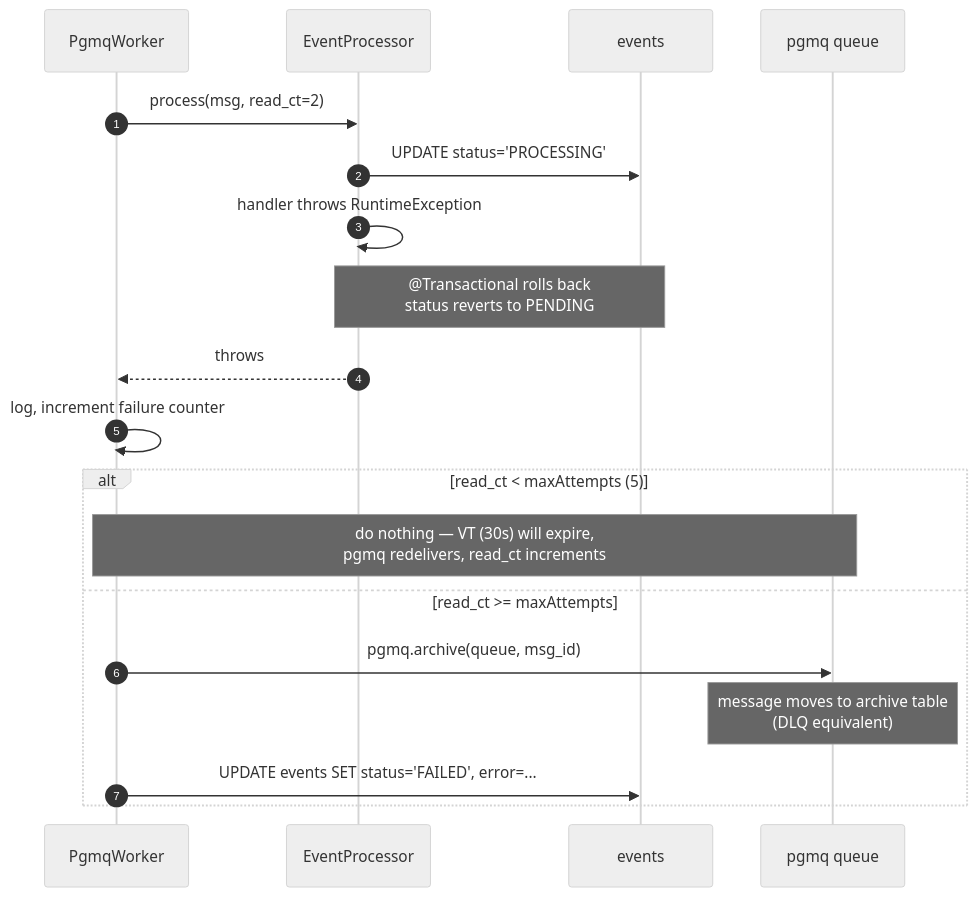
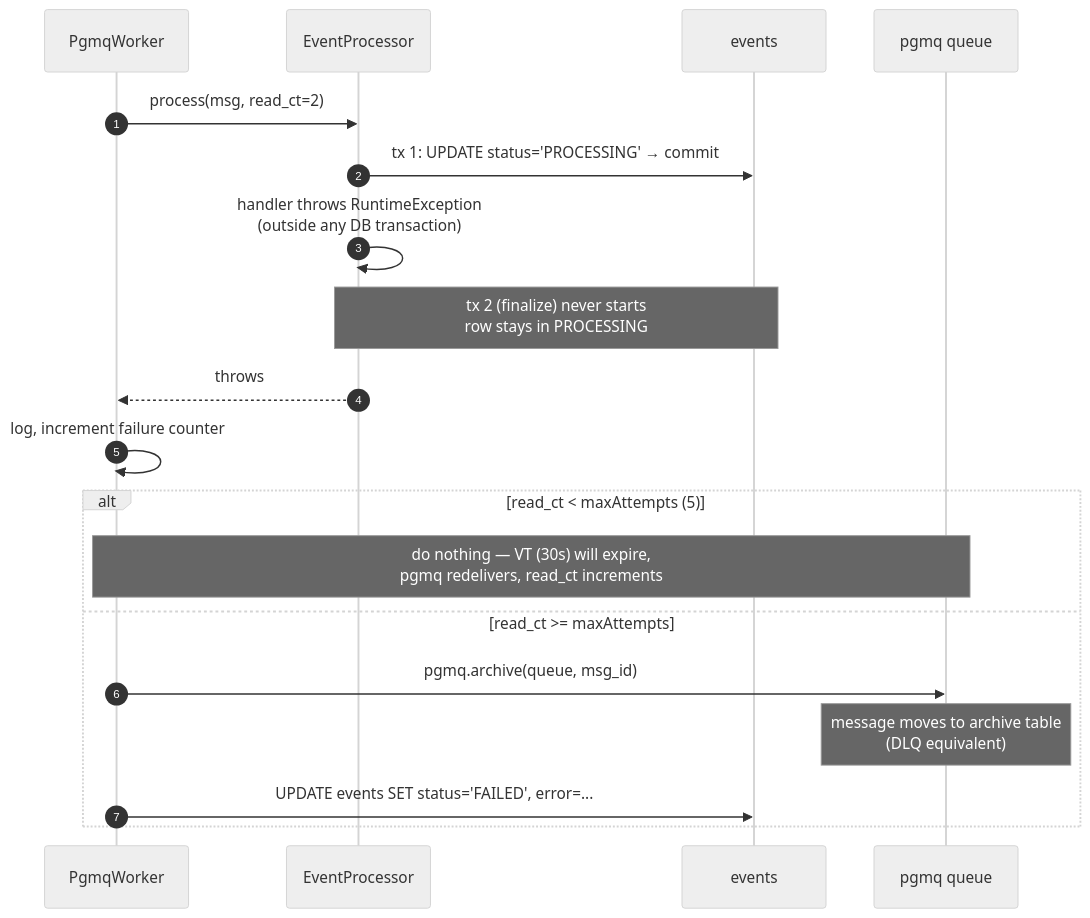
One commit to sergen116/partner-event-gateway-modular changed the second of 2 diagrams in docs/diagrams/04-consume-sequence.md. Above: the diagram before and after it, drawn with Mermaid (neutral theme). The commit also changed other lines of this file and 5 other files, not shown here.

````diff
--- a/docs/diagrams/04-consume-sequence.md
+++ b/docs/diagrams/04-consume-sequence.md
@@ -63,24 +65,24 @@
 ```mermaid
 sequenceDiagram
     autonumber
     participant W as PgmqWorker
     participant EP as EventProcessor
     participant DB as events
     participant PGMQ as pgmq queue
 
     W->>EP: process(msg, read_ct=2)
-    EP->>DB: UPDATE status='PROCESSING'
-    EP->>EP: handler throws RuntimeException
-    Note over EP,DB: @Transactional rolls back<br/>status reverts to PENDING
+    EP->>DB: tx 1: UPDATE status='PROCESSING' → commit
+    EP->>EP: handler throws RuntimeException<br/>(outside any DB transaction)
+    Note over EP,DB: tx 2 (finalize) never starts<br/>row stays in PROCESSING
 
     EP-->>W: throws
     W->>W: log, increment failure counter
 
     alt read_ct < maxAttempts (5)
         Note over W,PGMQ: do nothing — VT (30s) will expire,<br/>pgmq redelivers, read_ct increments
     else read_ct >= maxAttempts
         W->>PGMQ: pgmq.archive(queue, msg_id)
         Note over PGMQ: message moves to archive table<br/>(DLQ equivalent)
         W->>DB: UPDATE events SET status='FAILED', error=...
     end
 ```
````
